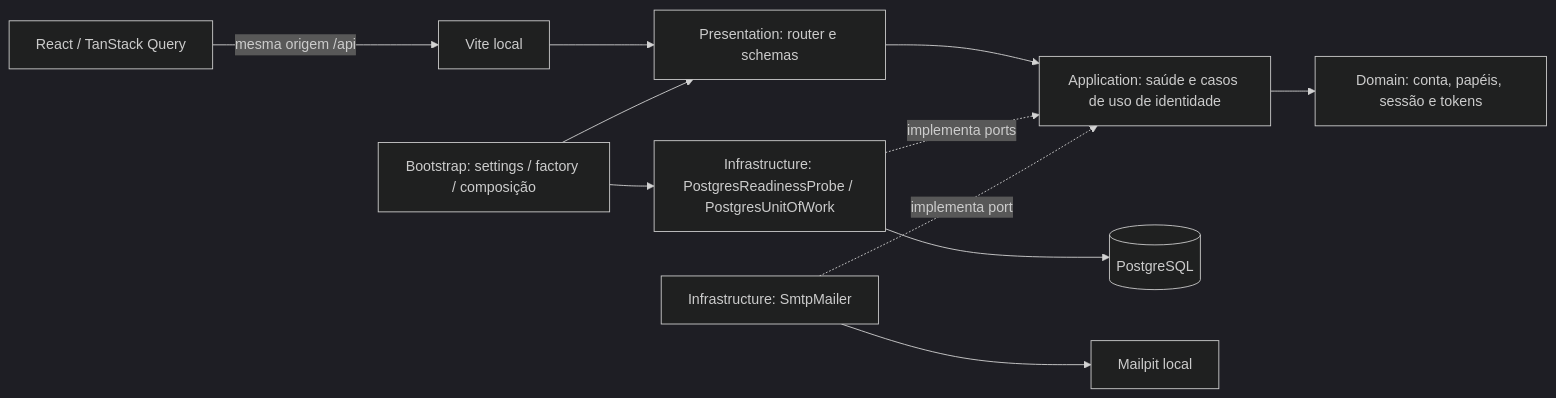
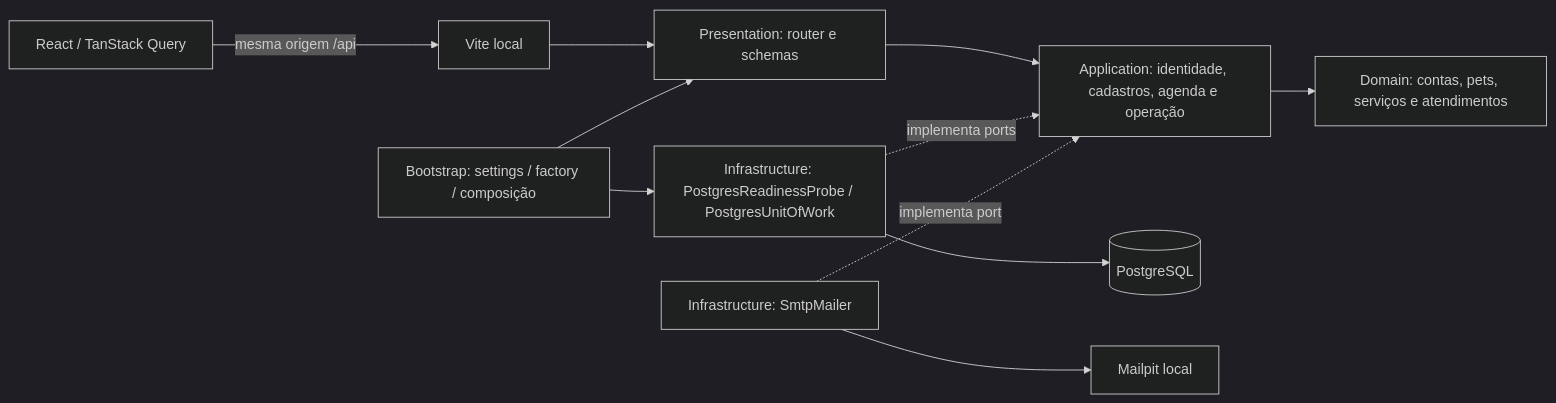
Before and after one commit to O-marqs/petland-2.0: the diagram in docs/architecture/README.md, drawn with Mermaid (dark theme). The commit also changed other lines of this file and 18 other files, not shown here.

````diff
--- a/docs/architecture/README.md
+++ b/docs/architecture/README.md
@@ -5,13 +5,13 @@
 ```mermaid
 flowchart LR
   Browser[React / TanStack Query] -->|mesma origem /api| Proxy[Vite local]
   Proxy --> HTTP[Presentation: router e schemas]
-  HTTP --> UC[Application: saúde e casos de uso de identidade]
-  UC --> Domain[Domain: conta, papéis, sessão e tokens]
+  HTTP --> UC[Application: identidade, cadastros, agenda e operação]
+  UC --> Domain[Domain: contas, pets, serviços e atendimentos]
   DBAdapter[Infrastructure: PostgresReadinessProbe / PostgresUnitOfWork] -. implementa ports .-> UC
   DBAdapter --> DB[(PostgreSQL)]
   Mail[Infrastructure: SmtpMailer] -. implementa port .-> UC
   Mail --> SMTP[Mailpit local]
   Bootstrap[Bootstrap: settings / factory / composição] --> HTTP
   Bootstrap --> DBAdapter
 ```
````
